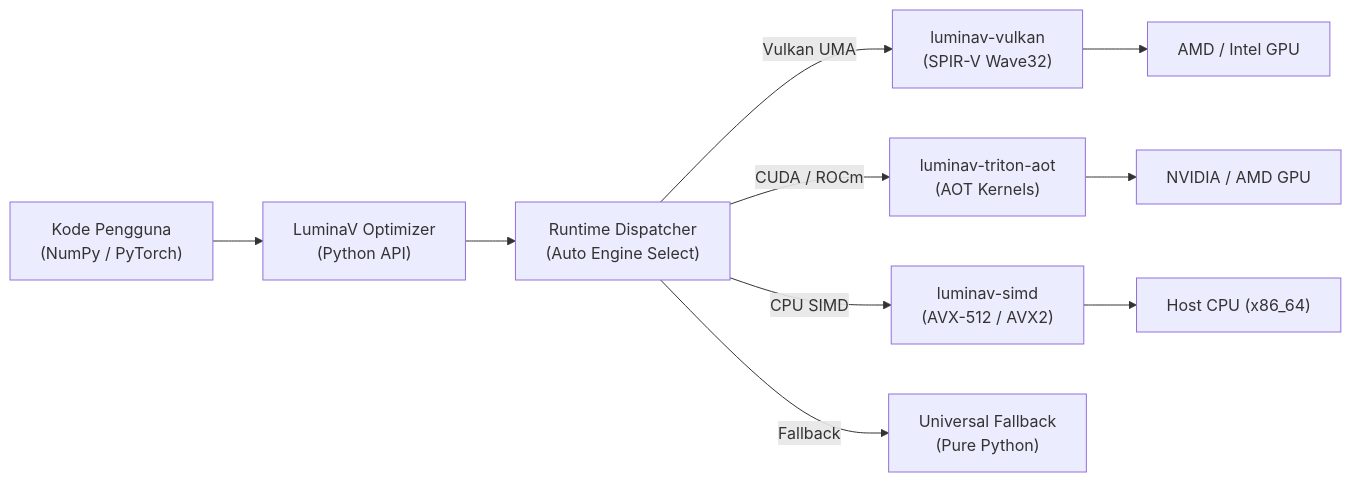
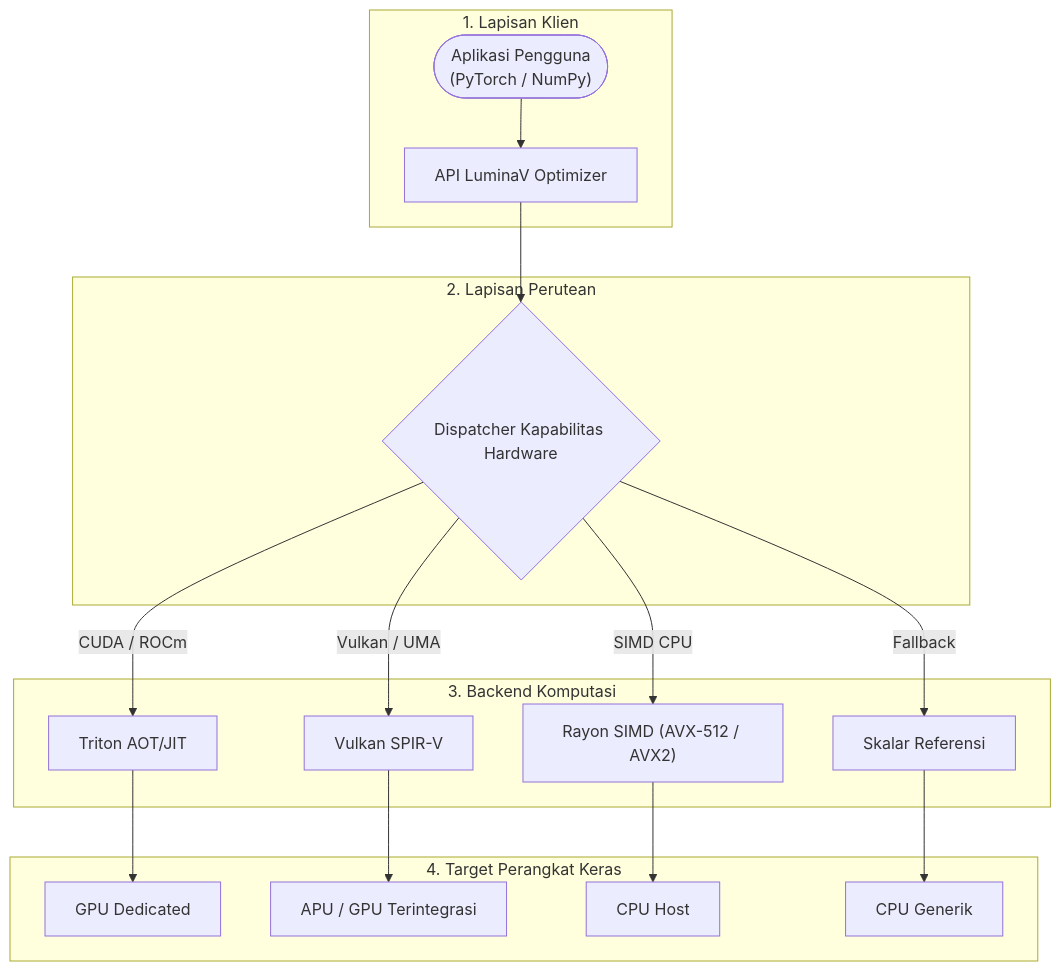
The diagram in optimizer/README.id.md (cloverx-id/luminamoon), drawn with Mermaid before and after one commit. The commit also changed 33 other files, not shown here.

Commit message:
change diagram style

````diff
--- a/optimizer/README.id.md
+++ b/optimizer/README.id.md
@@ -25,14 +25,24 @@
 ```mermaid
-flowchart LR
-    User["Kode Pengguna\n(NumPy / PyTorch)"] --> LuminaV["LuminaV Optimizer\n(Python API)"]
-    LuminaV --> Dispatcher["Runtime Dispatcher\n(Auto Engine Select)"]
+flowchart TD
+    subgraph Client["1. Lapisan Klien"]
+        App(["Aplikasi Pengguna\n(PyTorch / NumPy)"]) --> API["API LuminaV Optimizer"]
+    end
 
-    Dispatcher -->|"Vulkan UMA"| Vulkan["luminav-vulkan\n(SPIR-V Wave32)"]
-    Dispatcher -->|"CUDA / ROCm"| Triton["luminav-triton-aot\n(AOT Kernels)"]
-    Dispatcher -->|"CPU SIMD"| Simd["luminav-simd\n(AVX-512 / AVX2)"]
-    Dispatcher -->|"Fallback"| Fallback["Universal Fallback\n(Pure Python)"]
+    subgraph Routing["2. Lapisan Perutean"]
+        API --> Dispatcher{"Dispatcher Kapabilitas Hardware"}
+    end
 
-    Vulkan --> DevGPU1["AMD / Intel GPU"]
-    Triton --> DevGPU2["NVIDIA / AMD GPU"]
-    Simd --> DevCPU["Host CPU (x86_64)"]
+    subgraph Backends["3. Backend Komputasi"]
+        Dispatcher -->|"CUDA / ROCm"| Triton["Triton AOT/JIT"]
+        Dispatcher -->|"Vulkan / UMA"| Vulkan["Vulkan SPIR-V"]
+        Dispatcher -->|"SIMD CPU"| SIMD["Rayon SIMD (AVX-512 / AVX2)"]
+        Dispatcher -->|"Fallback"| Scalar["Skalar Referensi"]
+    end
+
+    subgraph Devices["4. Target Perangkat Keras"]
+        Triton --> DevGPU["GPU Dedicated"]
+        Vulkan --> DevUMA["APU / GPU Terintegrasi"]
+        SIMD --> DevCPU["CPU Host"]
+        Scalar --> DevGeneric["CPU Generik"]
+    end
 ```
````
